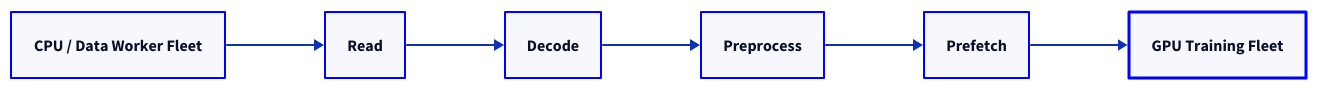
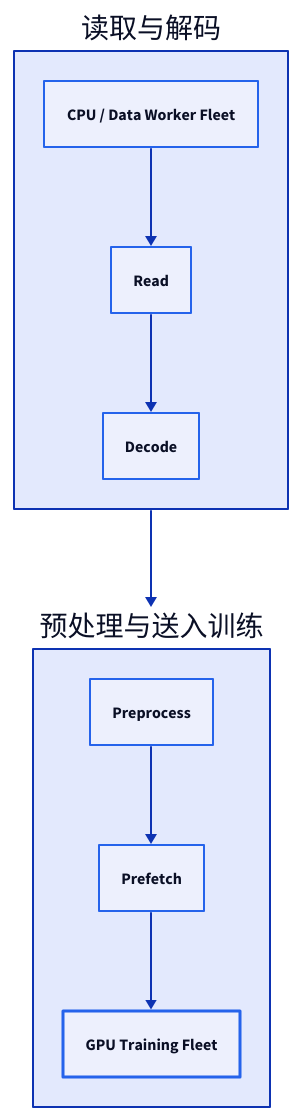
The diagram in images/dataloader-to-remote-dataloader/resource-disaggregation.d2 (111qqz/111qqz.github.io), drawn with D2 before and after one commit. The commit also changed 71 other files, not shown here.

Commit message:
feat(diagrams): 处理 40-60% 中危配图，拆分 Overcommit 长链路并统一纵向/分阶段标准 111qqz/hugo-blog@6840c12ec7ae768c5e458013c75df5e0ce0c43e6

```diff
--- a/images/dataloader-to-remote-dataloader/resource-disaggregation.d2
+++ b/images/dataloader-to-remote-dataloader/resource-disaggregation.d2
@@ -1,20 +1,25 @@
-direction: right
+direction: down
 
-CPU / Data Worker Fleet: {
-  style.stroke: blue
-}
-Read: { style.stroke: blue }
-Decode: { style.stroke: blue }
-Preprocess: { style.stroke: blue }
-Prefetch: { style.stroke: blue }
-GPU Training Fleet: {
-  style.stroke: blue
-  style.bold: true
-  style.stroke-width: 3
+stage1: 读取与解码 {
+  direction: right
+  Fleet: "CPU / Data Worker Fleet" {
+    style.stroke: "#2563eb"
+  }
+  Read: { style.stroke: "#2563eb" }
+  Decode: { style.stroke: "#2563eb" }
+  Fleet -> Read -> Decode
 }
 
-CPU / Data Worker Fleet -> Read
-Read -> Decode
-Decode -> Preprocess
-Preprocess -> Prefetch
-Prefetch -> GPU Training Fleet
+stage2: 预处理与送入训练 {
+  direction: right
+  Preprocess: { style.stroke: "#2563eb" }
+  Prefetch: { style.stroke: "#2563eb" }
+  GPU: "GPU Training Fleet" {
+    style.stroke: "#2563eb"
+    style.bold: true
+    style.stroke-width: 3
+  }
+  Preprocess -> Prefetch -> GPU
+}
+
+stage1 -> stage2
```
